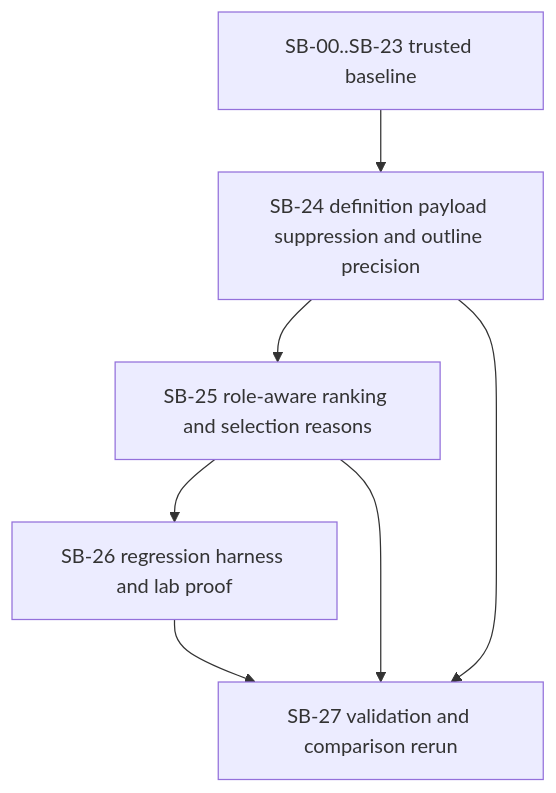
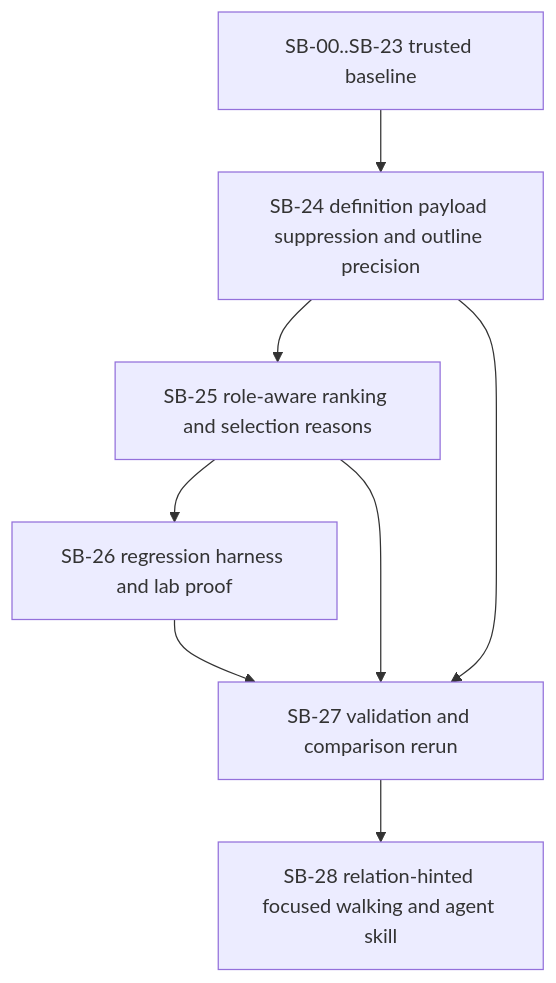
One commit to fyziktom/CanDoItAll.CodeAnalysis changed the diagram in CanDoItAll.CodeAnalsis.ExecutionBundle/plan/01-phase-plan.md. Above: the diagram before and after it, drawn with Mermaid. The commit also changed other lines of this file and 28 other files, not shown here.

````diff
--- a/CanDoItAll.CodeAnalsis.ExecutionBundle/plan/01-phase-plan.md
+++ b/CanDoItAll.CodeAnalsis.ExecutionBundle/plan/01-phase-plan.md
@@ -16,9 +17,10 @@
 ```mermaid
 flowchart TD
     SB00[SB-00..SB-23 trusted baseline] --> SB24[SB-24 definition payload suppression and outline precision]
     SB24 --> SB25[SB-25 role-aware ranking and selection reasons]
     SB25 --> SB26[SB-26 regression harness and lab proof]
     SB26 --> SB27[SB-27 validation and comparison rerun]
     SB24 --> SB27
     SB25 --> SB27
+    SB27 --> SB28[SB-28 relation-hinted focused walking and agent skill]
 ```
````
